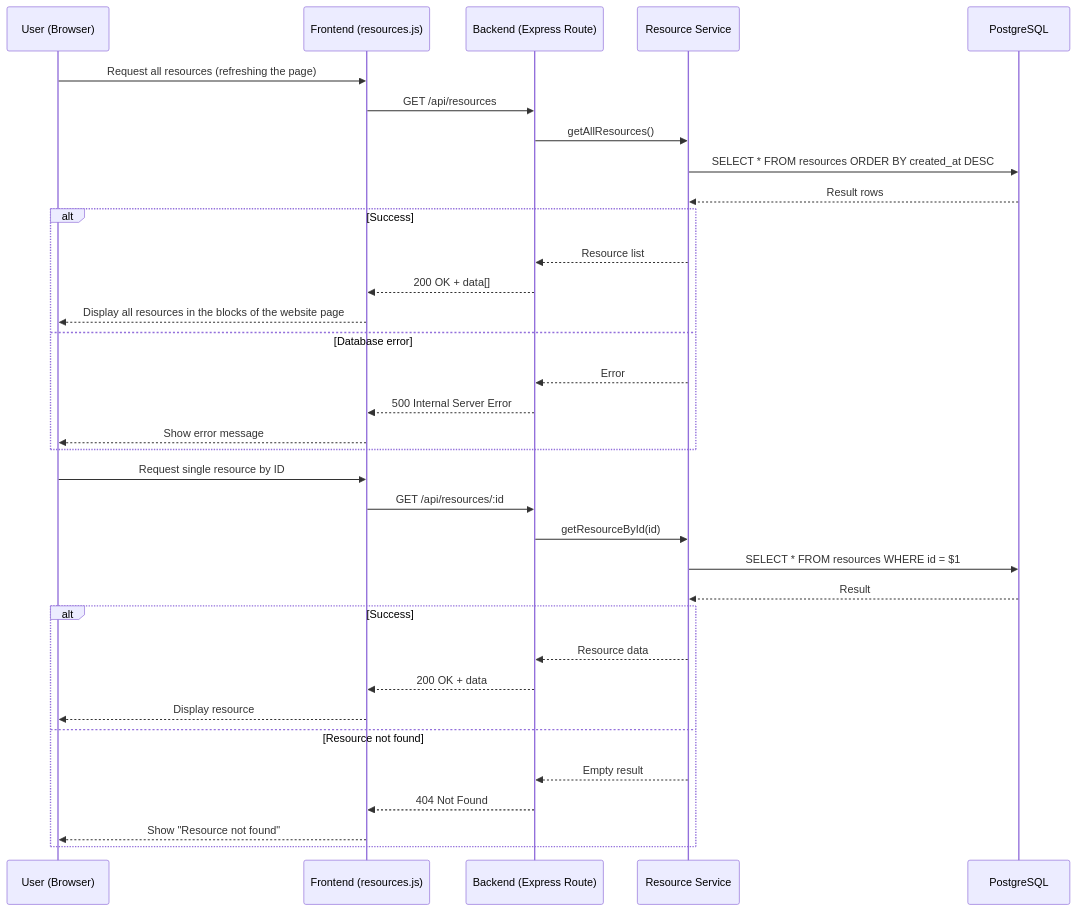
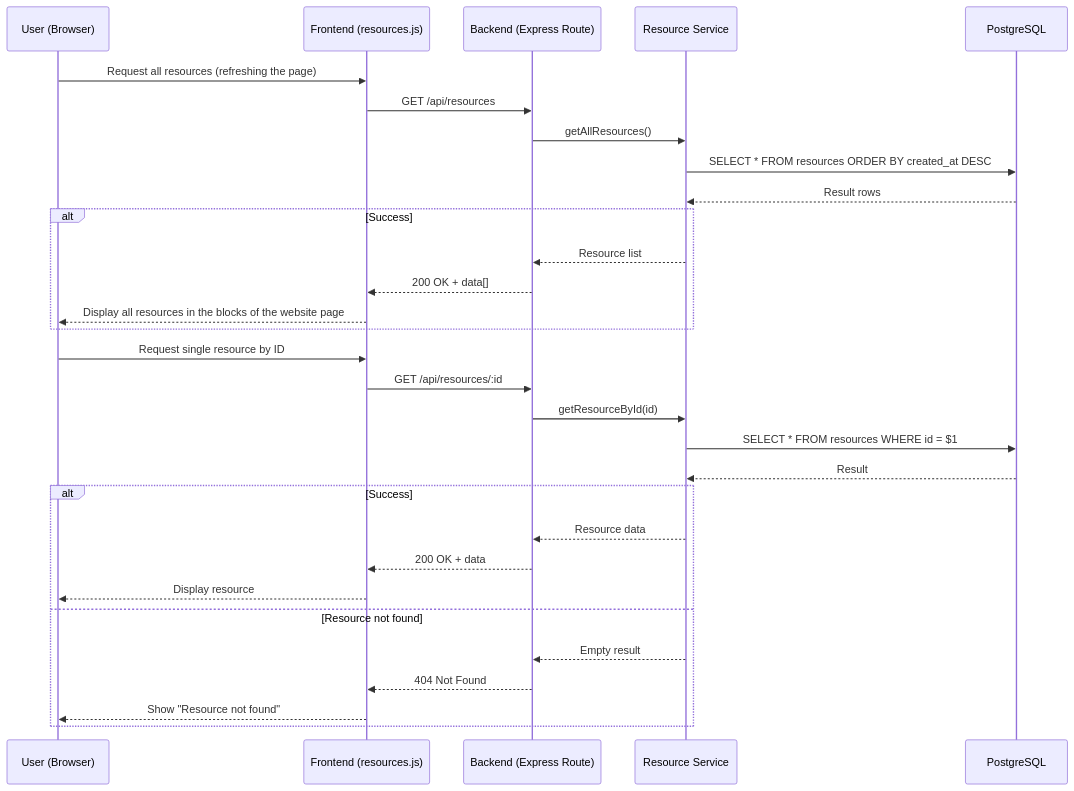
One commit to Mehdi-Mor/AdvancedWebDev changed the second of 2 diagrams in BookingSystemPhase6/G1_CRUD_DataFlow.md. Above: the diagram before and after it, drawn with Mermaid.

````diff
--- a/BookingSystemPhase6/G1_CRUD_DataFlow.md
+++ b/BookingSystemPhase6/G1_CRUD_DataFlow.md
@@ -41,42 +41,38 @@
 ```mermaid
 sequenceDiagram
     participant U as User (Browser)
     participant F as Frontend (resources.js)
     participant B as Backend (Express Route)
     participant S as Resource Service
     participant DB as PostgreSQL
 
     U->>F: Request all resources (refreshing the page)
     F->>B: GET /api/resources
 
     B->>S: getAllResources()
     S->>DB: SELECT * FROM resources ORDER BY created_at DESC
     DB-->>S: Result rows
 
     alt Success
         S-->>B: Resource list
         B-->>F: 200 OK + data[]
         F-->>U: Display all resources in the blocks of the website page
-    else Database error
-        S-->>B: Error
-        B-->>F: 500 Internal Server Error
-        F-->>U: Show error message
     end
 
     U->>F: Request single resource by ID
     F->>B: GET /api/resources/:id
 
     B->>S: getResourceById(id)
     S->>DB: SELECT * FROM resources WHERE id = $1
     DB-->>S: Result
 
     alt Success
         S-->>B: Resource data
         B-->>F: 200 OK + data
         F-->>U: Display resource
     else Resource not found
         S-->>B: Empty result
         B-->>F: 404 Not Found
         F-->>U: Show "Resource not found"
     end
 ```
````
